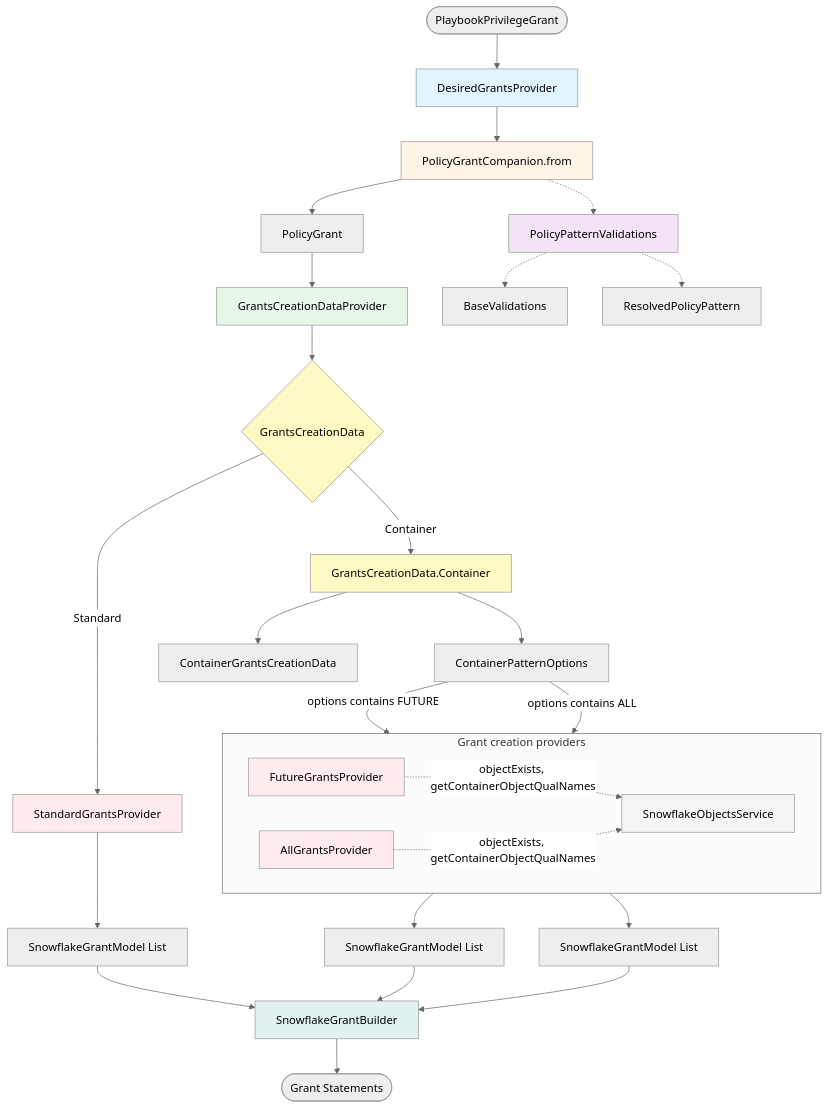
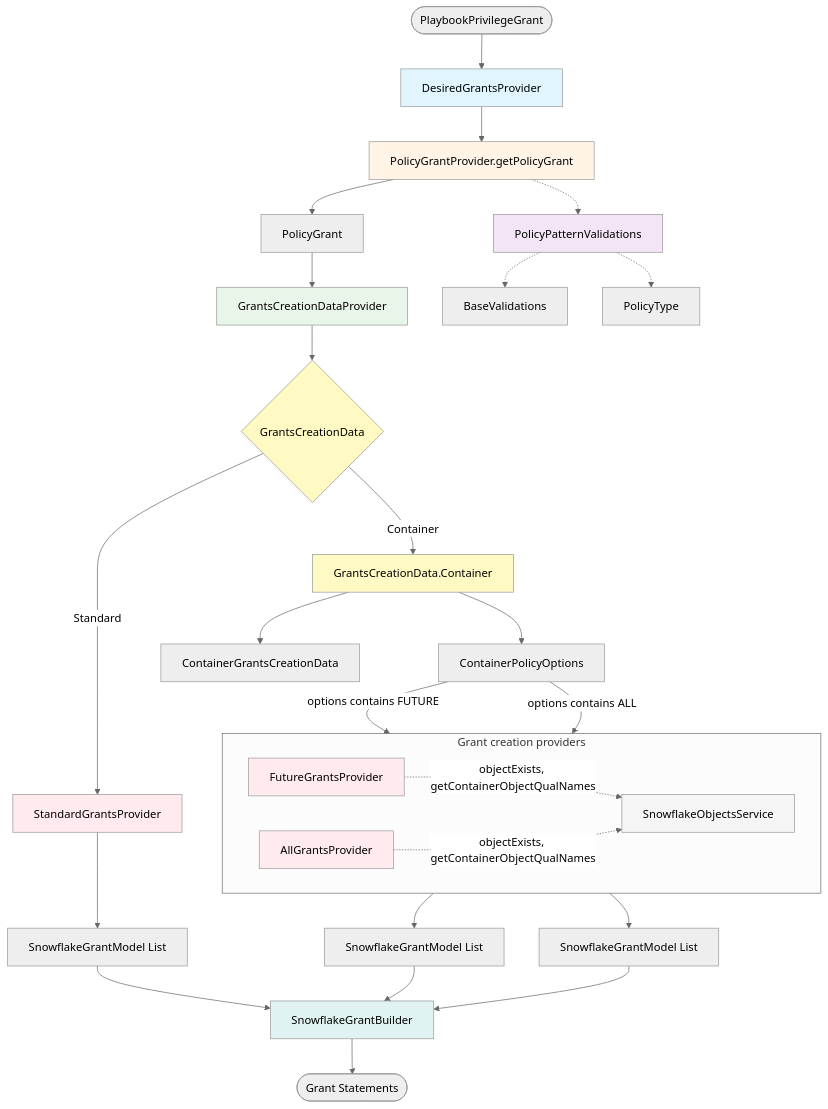
One commit to zoom/zoom-data-fence changed the diagram in docs/diagrams/grant-desired-create.md. Above: the diagram before and after it, drawn with Mermaid (neutral theme). The commit also changed other lines of this file and 15 other files, not shown here.

First line of the commit message:
Refactor PolicyTypeProvider and PolicyGrantProvider methods

````diff
--- a/docs/diagrams/grant-desired-create.md
+++ b/docs/diagrams/grant-desired-create.md
@@ -15,52 +15,52 @@
 ```mermaid
 flowchart TD
     Start([PlaybookPrivilegeGrant]) --> DGP[DesiredGrantsProvider]
     
-    DGP --> PGC[PolicyGrantCompanion.from]
+    DGP --> PGC[PolicyGrantProvider.getPolicyGrant]
     PGC --> PG[PolicyGrant]
     
     PGC -.-> PPV[PolicyPatternValidations]
     PPV -.-> BV[BaseValidations]
-    PPV -.-> RPP[ResolvedPolicyPattern]
+    PPV -.-> RPP[PolicyType]
     
     PG --> GCDP[GrantsCreationDataProvider]
     GCDP --> GCD{GrantsCreationData}
     
     GCD -->|Standard| SGP[StandardGrantsProvider]
     GCD -->|Container| CGD[GrantsCreationData.Container]
     
     CGD --> CGDATA[ContainerGrantsCreationData]
-    CGD --> CPO[ContainerPatternOptions]
+    CGD --> CPO[ContainerPolicyOptions]
     
     subgraph providers [Grant creation providers]
         direction LR
         FGP[FutureGrantsProvider]
         AGP[AllGrantsProvider]
         SOS[SnowflakeObjectsService]
     end
     CPO -->|options contains FUTURE| FGP
     CPO -->|options contains ALL| AGP
     FGP -.->|objectExists, getContainerObjectQualNames| SOS
     AGP -.->|objectExists, getContainerObjectQualNames| SOS
     
     SGP --> SGM[SnowflakeGrantModel List]
     FGP --> FGM[SnowflakeGrantModel List]
     AGP --> AGM[SnowflakeGrantModel List]
     SGM --> SGB[SnowflakeGrantBuilder]
     FGM --> SGB
     AGM --> SGB
     
     SGB --> End([Grant Statements])
     
     style DGP fill:#e1f5ff
     style PGC fill:#fff4e6
     style PPV fill:#f3e5f5
     style GCDP fill:#e8f5e9
     style GCD fill:#fff9c4
     style CGD fill:#fff9c4
     style SGP fill:#ffebee
     style FGP fill:#ffebee
     style AGP fill:#ffebee
     style SGB fill:#e0f2f1
     style SOS fill:#f5f5f5
 ```
````
